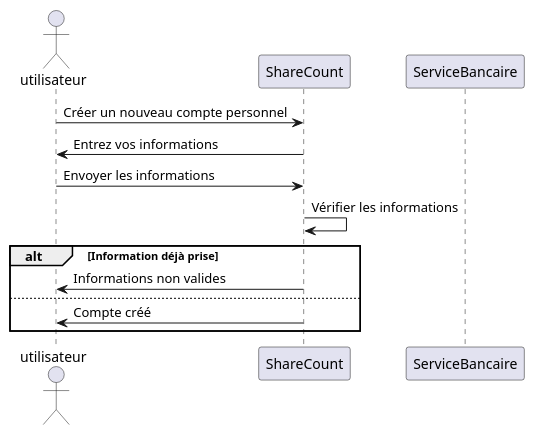
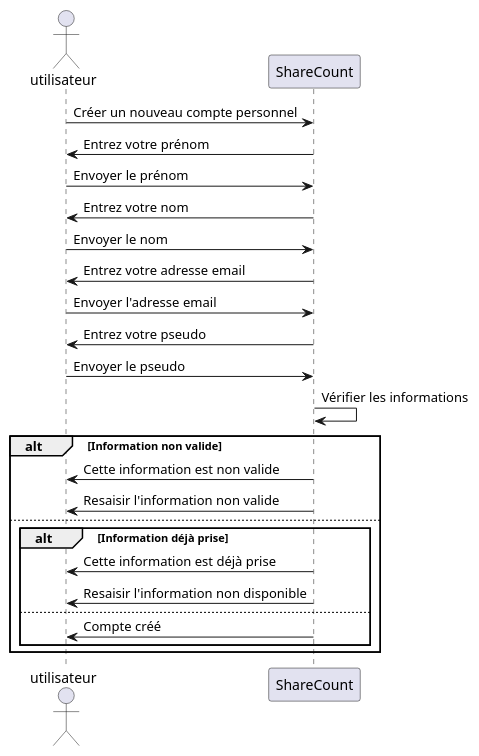
One commit to lmtb06/sharecount changed the diagram in diagrammes/specification/sequence/Créer-compte-personnel.puml. Above: the diagram before and after it, drawn with PlantUML. The commit also changed 5 other files, not shown here.

Commit message:
modifier les diagrammes de séquence

```diff
--- a/diagrammes/specification/sequence/Créer-compte-personnel.puml
+++ b/diagrammes/specification/sequence/Créer-compte-personnel.puml
@@ -1,20 +1,33 @@
 @startuml  Créer compte personnel
 
 actor utilisateur as u
 participant ShareCount as sc
-participant ServiceBancaire as sb
 
 u -> sc : Créer un nouveau compte personnel
-sc -> u : Entrez vos informations
-u -> sc : Envoyer les informations
+sc -> u : Entrez votre prénom
+u -> sc : Envoyer le prénom
+sc -> u : Entrez votre nom
+u -> sc : Envoyer le nom
+sc -> u : Entrez votre adresse email
+u -> sc : Envoyer l'adresse email
+sc -> u : Entrez votre pseudo
+u -> sc : Envoyer le pseudo
 sc -> sc : Vérifier les informations
 
+alt Information non valide
+sc -> u : Cette information est non valide
+sc -> u : Resaisir l'information non valide
+else
+
 alt Information déjà prise
-sc -> u : Informations non valides
+sc -> u : Cette information est déjà prise
+sc -> u : Resaisir l'information non disponible
 else
 
 sc -> u : Compte créé
 
 end
 
+end
+
 @enduml
```
